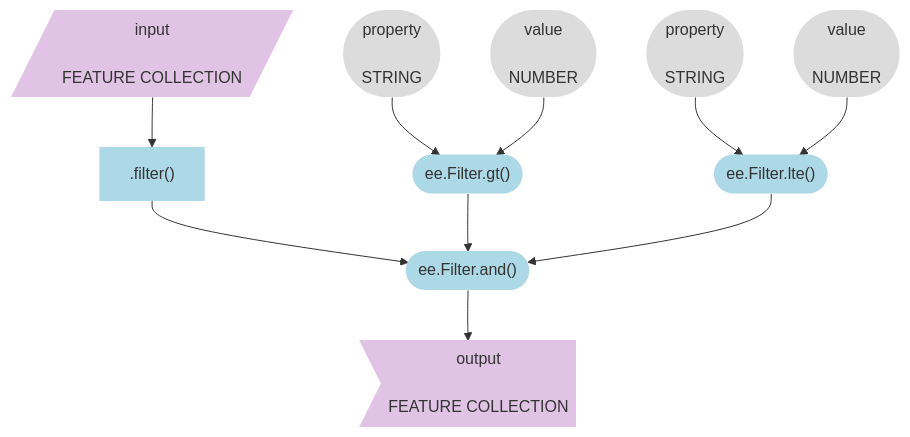
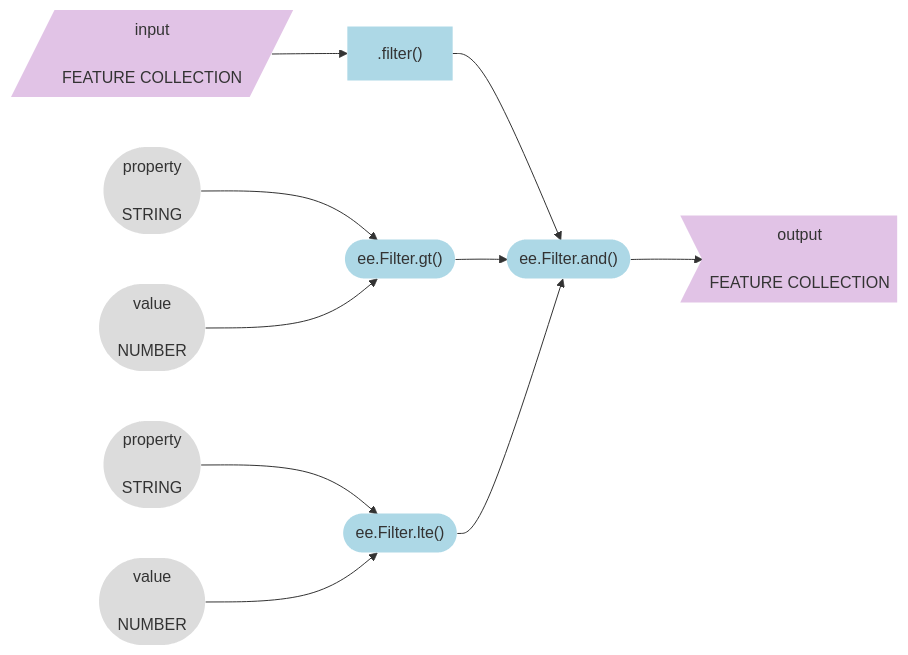
Before and after one commit to jeffhowarth/eeprimer: diagram 18 of 19 in src/workflows/grassland_bird_habitat.md, drawn with Mermaid. The commit also changed other lines of this file and 17 other files, not shown here.

````diff
--- a/src/workflows/grassland_bird_habitat.md
+++ b/src/workflows/grassland_bird_habitat.md
@@ -684,28 +764,28 @@
 ``` mermaid
-graph TD
+graph LR
   input[/input\n\nFEATURE COLLECTION/] --> method1[".filter()"];
   method1 --> method2(["ee.Filter.and()"])
 
   method3(["ee.Filter.gt()"]) --> method2;
   method4(["ee.Filter.lte()"]) --> method2;
 
   arg_att1([property\n\nSTRING]) -->method3;
   arg_att2([value\n\nNUMBER]) -->method3;
 
   arg_att3([property\n\nSTRING]) -->method4;
   arg_att4([value\n\nNUMBER]) -->method4;
 
   method2 --> output>output\n\nFEATURE COLLECTION];
 
 
   style input fill:#E1C3E6,stroke-width:0px  
   style method1 fill:#ADD8E6,stroke-width:0px
   style method2 fill:#ADD8E6,stroke-width:0px
   style method3 fill:#ADD8E6,stroke-width:0px
   style method4 fill:#ADD8E6,stroke-width:0px
   style output fill:#E1C3E6,stroke-width:0px
   style arg_att1 fill:#DCDCDC,stroke-width:0px
   style arg_att2 fill:#DCDCDC,stroke-width:0px
   style arg_att3 fill:#DCDCDC,stroke-width:0px
   style arg_att4 fill:#DCDCDC,stroke-width:0px
 ```
````
